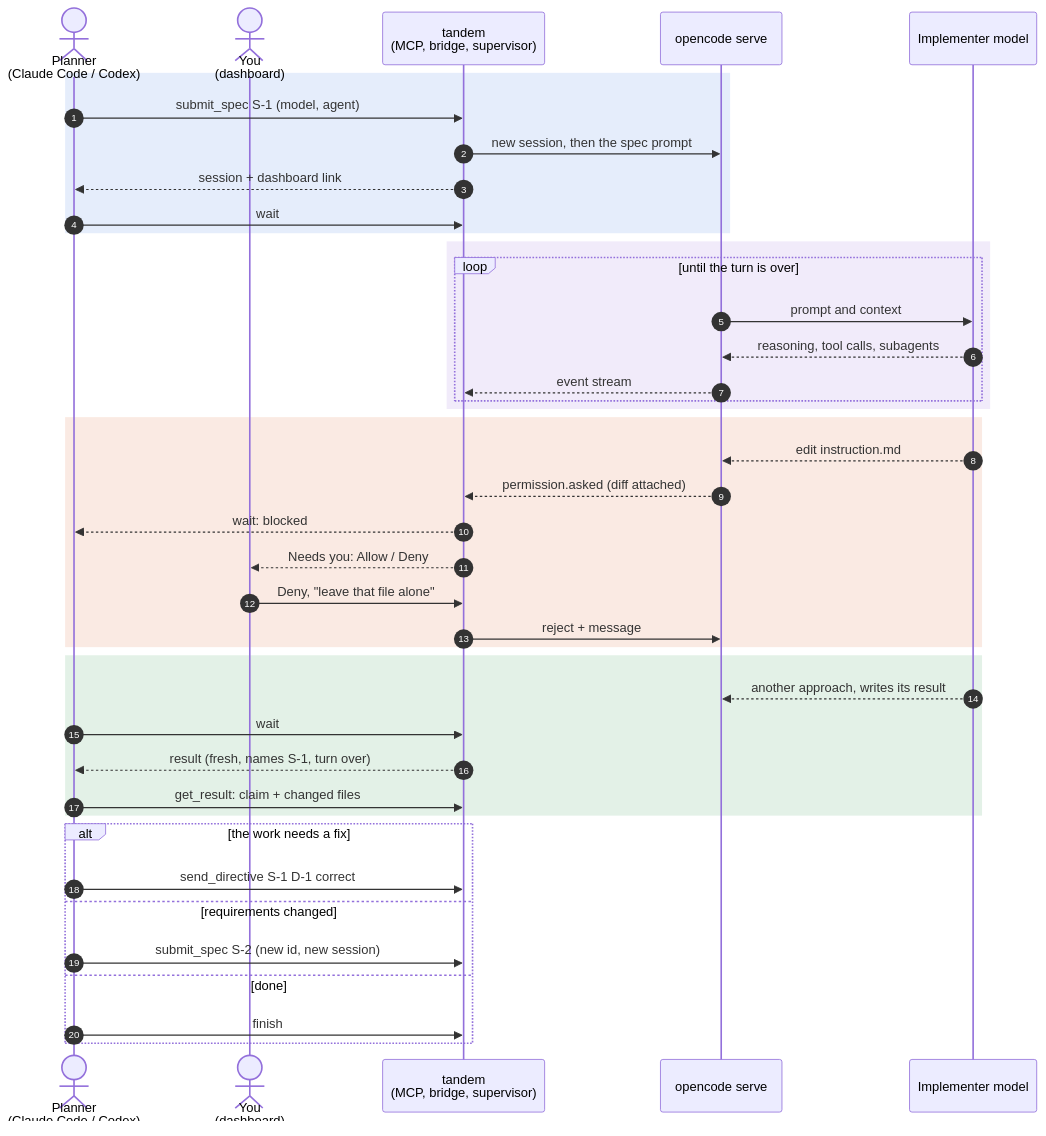
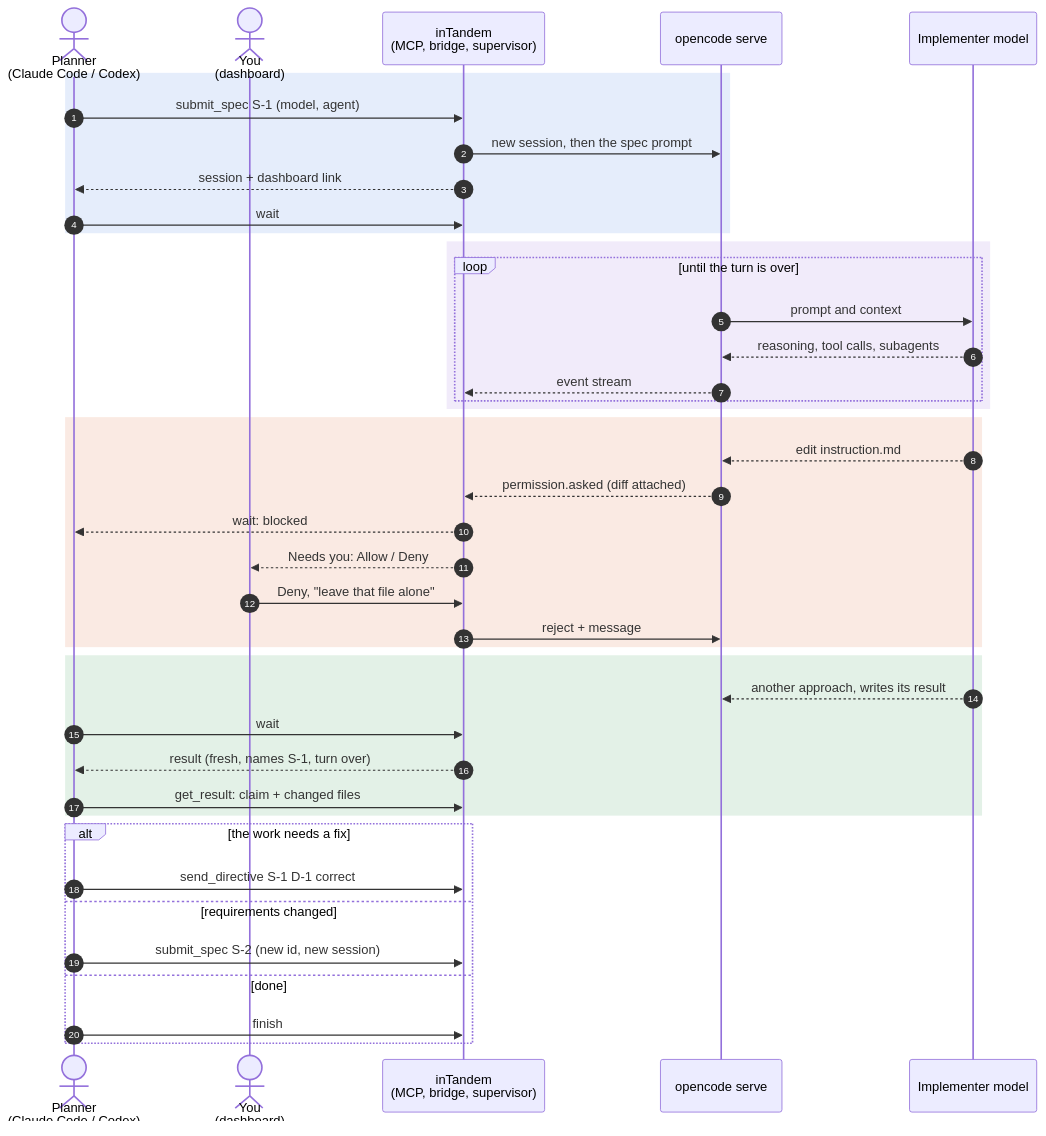
Before and after one commit to mumoj/inTandem: the second of 2 diagrams in README.md, drawn with Mermaid. The commit also changed other lines of this file and 81 other files, not shown here.

````diff
--- a/README.md
+++ b/README.md
@@ -50,48 +50,48 @@
 ```mermaid
 sequenceDiagram
     autonumber
     actor P as Planner<br/>(Claude Code / Codex)
     actor H as You<br/>(dashboard)
-    participant T as tandem<br/>(MCP, bridge, supervisor)
+    participant T as inTandem<br/>(MCP, bridge, supervisor)
     participant O as opencode serve
     participant M as Implementer model
 
     rect rgba(47, 111, 219, 0.12)
     P->>T: submit_spec S-1 (model, agent)
     T->>O: new session, then the spec prompt
     T-->>P: session + dashboard link
     P->>T: wait
     end
 
     rect rgba(138, 92, 214, 0.12)
     loop until the turn is over
         O->>M: prompt and context
         M-->>O: reasoning, tool calls, subagents
         O-->>T: event stream
     end
     end
 
     rect rgba(209, 80, 31, 0.12)
     M-->>O: edit instruction.md
     O-->>T: permission.asked (diff attached)
     T-->>P: wait: blocked
     T-->>H: Needs you: Allow / Deny
     H->>T: Deny, "leave that file alone"
     T->>O: reject + message
     end
 
     rect rgba(31, 138, 59, 0.12)
     M-->>O: another approach, writes its result
     P->>T: wait
     T-->>P: result (fresh, names S-1, turn over)
     P->>T: get_result: claim + changed files
     end
 
     alt the work needs a fix
         P->>T: send_directive S-1 D-1 correct
     else requirements changed
         P->>T: submit_spec S-2 (new id, new session)
     else done
         P->>T: finish
     end
 ```
````
